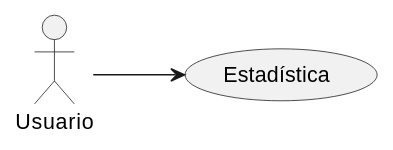
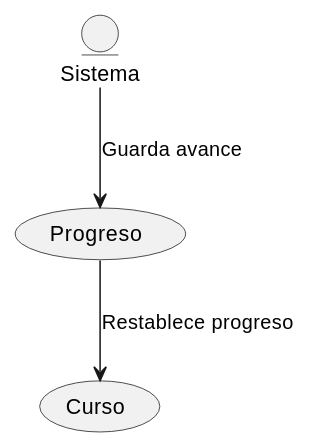
One commit to the-HaMo/PDS-proyect changed the diagram in info/Desarrollo-Caso9.md. Above: the diagram before and after it, drawn with PlantUML. The commit also changed other lines of this file and 12 other files, not shown here.

```diff
--- a/info/Desarrollo-Caso9.md
+++ b/info/Desarrollo-Caso9.md
@@ -5,5 +5,6 @@
 @startuml
-left to right direction
-actor Usuario
-Usuario --> (Estadística)
+entity Sistema
+
+Sistema --> (Progreso) : Guarda avance
+(Progreso) --> (Curso): Restablece progreso
 @enduml
```
